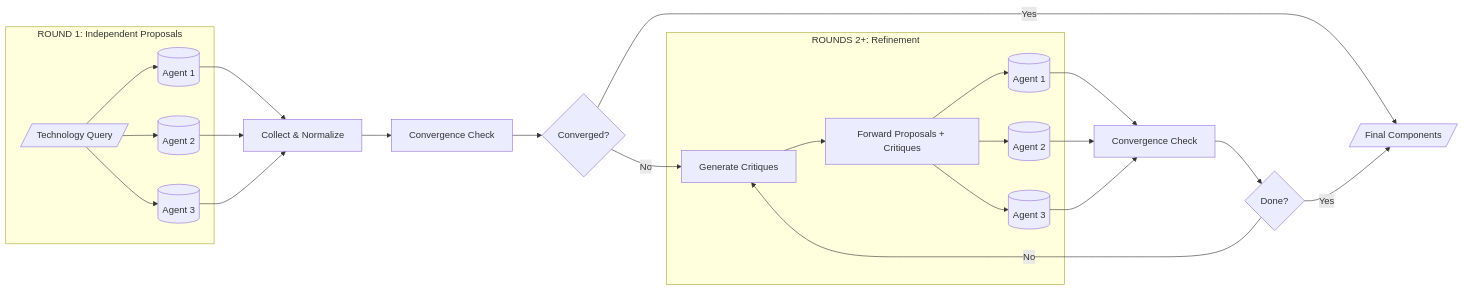
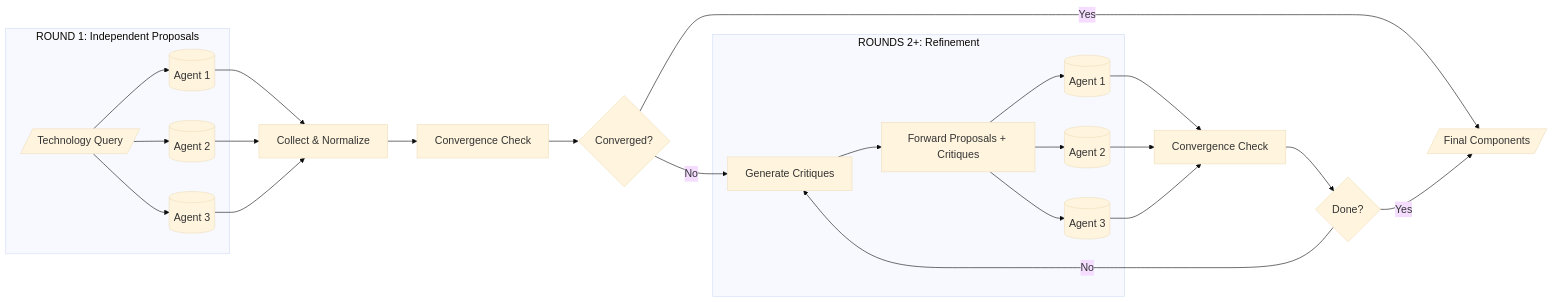
Before and after one commit to dads2busy/dpi_stdn_agentic: the diagram in docs/DEBATE_SYSTEM.md, drawn with Mermaid.

Commit message:
docs: increase Mermaid diagram font size

````diff
--- a/docs/DEBATE_SYSTEM.md
+++ b/docs/DEBATE_SYSTEM.md
@@ -403,35 +403,36 @@
 ```mermaid
+%%{init: {'theme': 'base', 'themeVariables': {'fontSize': '18px'}}}%%
 flowchart LR
     subgraph Round1["ROUND 1: Independent Proposals"]
         Tech[/"Technology Query"/]
         A1[("Agent 1")]
         A2[("Agent 2")]
         A3[("Agent 3")]
         Tech --> A1
         Tech --> A2
         Tech --> A3
     end
     
     A1 --> Collect["Collect & Normalize"]
     A2 --> Collect
     A3 --> Collect
     Collect --> Calc["Convergence Check"]
     
     Calc --> Check{"Converged?"}
     Check -->|"Yes"| Output[/"Final Components"/]
     Check -->|"No"| Critique["Generate Critiques"]
     
     subgraph Loop["ROUNDS 2+: Refinement"]
         Critique --> Forward["Forward Proposals + Critiques"]
         Forward --> R1[("Agent 1")]
         Forward --> R2[("Agent 2")]
         Forward --> R3[("Agent 3")]
     end
     
     R1 --> Calc2["Convergence Check"]
     R2 --> Calc2
     R3 --> Calc2
     Calc2 --> Check2{"Done?"}
     Check2 -->|"No"| Critique
     Check2 -->|"Yes"| Output
 ```
````
